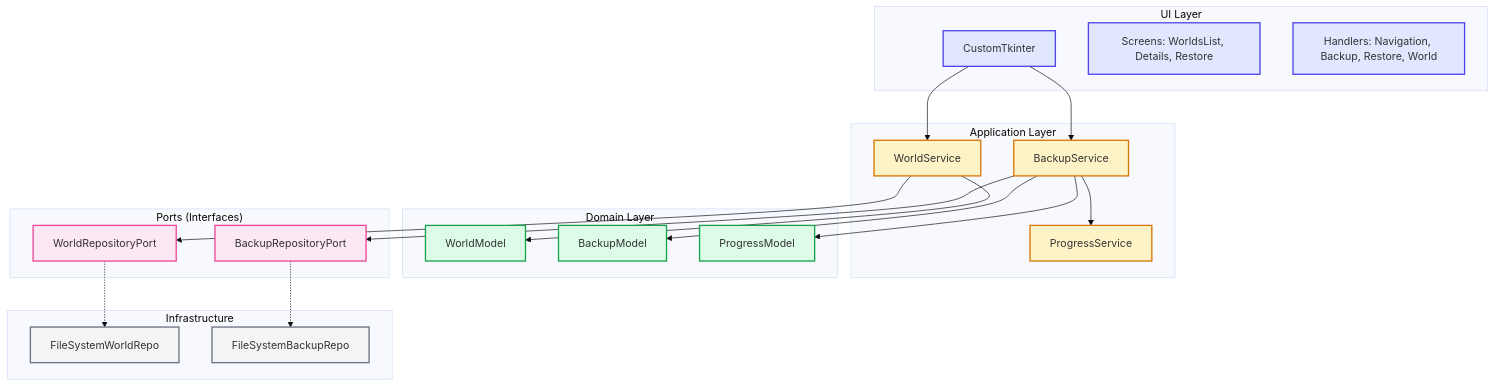
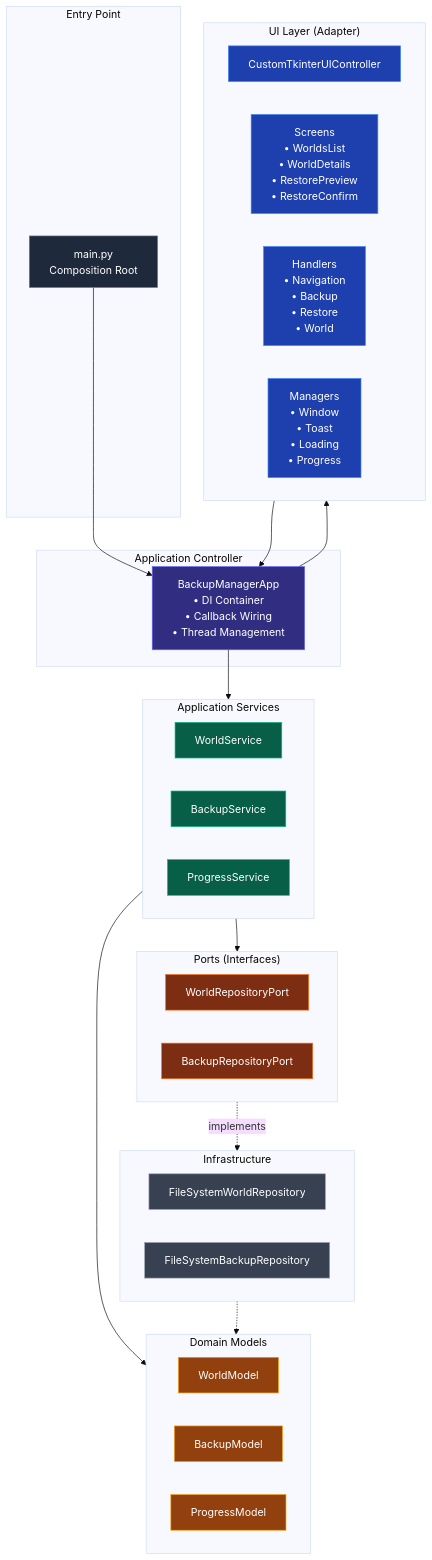
The diagram in docs/index.md (DandanLeinad/minecraft-bedrock-backup-manager), drawn with Mermaid (base theme) before and after one commit. The commit also changed other lines of this file and 3 other files, not shown here.

First line of the commit message:
docs: complete architecture documentation overhaul with Zensical

````diff
--- a/docs/index.md
+++ b/docs/index.md
@@ -121,56 +125,73 @@
 ```mermaid
 flowchart TB
-    %% Camadas
-    subgraph UI["UI Layer"]
-        CT[CustomTkinter]
-        SCR[Screens: WorldsList, Details, Restore]
-        HND[Handlers: Navigation, Backup, Restore, World]
+    %% Entry Point
+    subgraph ENTRY["Entry Point"]
+        MAIN["main.py<br/>Composition Root"]
     end
 
-    subgraph APP["Application Layer"]
-        WS[WorldService]
-        BS[BackupService]
-        PS[ProgressService]
+    %% Application Controller
+    subgraph CTRL["Application Controller"]
+        APP["BackupManagerApp<br/>• DI Container<br/>• Callback Wiring<br/>• Thread Management"]
     end
 
-    subgraph DOM["Domain Layer"]
-        WM[WorldModel]
-        BM[BackupModel]
-        PM[ProgressModel]
+    %% UI Layer (Adapter)
+    subgraph UI["UI Layer (Adapter)"]
+        CTK["CustomTkinterUIController"]
+        SCR["Screens<br/>• WorldsList<br/>• WorldDetails<br/>• RestorePreview<br/>• RestoreConfirm"]
+        HND["Handlers<br/>• Navigation<br/>• Backup<br/>• Restore<br/>• World"]
+        MGR["Managers<br/>• Window<br/>• Toast<br/>• Loading<br/>• Progress"]
     end
 
-    subgraph PRT["Ports (Interfaces)"]
-        WRP[WorldRepositoryPort]
-        BRP[BackupRepositoryPort]
+    %% Application Services
+    subgraph SVCS["Application Services"]
+        WS["WorldService"]
+        BS["BackupService"]
+        PS["ProgressService"]
     end
 
-    subgraph INF["Infrastructure"]
-        FWR[FileSystemWorldRepo]
-        FBR[FileSystemBackupRepo]
+    %% Ports (Interfaces)
+    subgraph PORTS["Ports (Interfaces)"]
+        WRP["WorldRepositoryPort"]
+        BRP["BackupRepositoryPort"]
     end
 
-    %% Relacionamentos
-    CT --> WS
-    CT --> BS
-    WS --> WRP
-    BS --> BRP
-    BS --> PS
-    WS --> WM
-    BS --> BM
-    BS --> PM
-    WRP -.-> FWR
-    BRP -.-> FBR
+    %% Domain Models (transversal)
+    subgraph DOM["Domain Models"]
+        WM["WorldModel"]
+        BM["BackupModel"]
+        PM["ProgressModel"]
+    end
 
-    %% Estilos
-    classDef ui fill:#e0e7ff,stroke:#4f46e5,stroke-width:2px;
-    classDef app fill:#fef3c7,stroke:#d97706,stroke-width:2px;
-    classDef dom fill:#dcfce7,stroke:#16a34a,stroke-width:2px;
-    classDef prt fill:#fce7f3,stroke:#ec4899,stroke-width:2px;
-    classDef inf fill:#f3f4f6,stroke:#6b7280,stroke-width:2px;
+    %% Infrastructure
+    subgraph INFRA["Infrastructure"]
+        FWR["FileSystemWorldRepository"]
+        FBR["FileSystemBackupRepository"]
+    end
 
-    class CT,SCR,HND ui;
-    class WS,BS,PS app;
+    %% Dependencies (clean layer boundaries)
+    MAIN --> APP
+    APP --> UI
+    APP --> SVCS
+    UI --> APP
+    SVCS --> PORTS
+    SVCS --> DOM
+    PORTS -.->|implements| INFRA
+    INFRA -.-> DOM
+
+    %% Styling
+    classDef entry fill:#1e293b,stroke:#64748b,color:#fff;
+    classDef ctrl fill:#312e81,stroke:#6366f1,color:#fff;
+    classDef ui fill:#1e40af,stroke:#3b82f6,color:#fff;
+    classDef svc fill:#065f46,stroke:#10b981,color:#fff;
+    classDef port fill:#7c2d12,stroke:#f97316,color:#fff;
+    classDef dom fill:#92400e,stroke:#f59e0b,color:#fff;
+    classDef infra fill:#374151,stroke:#9ca3af,color:#fff;
+
+    class MAIN entry;
+    class APP ctrl;
+    class CTK,SCR,HND,MGR ui;
+    class WS,BS,PS svc;
+    class WRP,BRP port;
     class WM,BM,PM dom;
-    class WRP,BRP prt;
-    class FWR,FBR inf;
+    class FWR,FBR infra;
 ```
````
